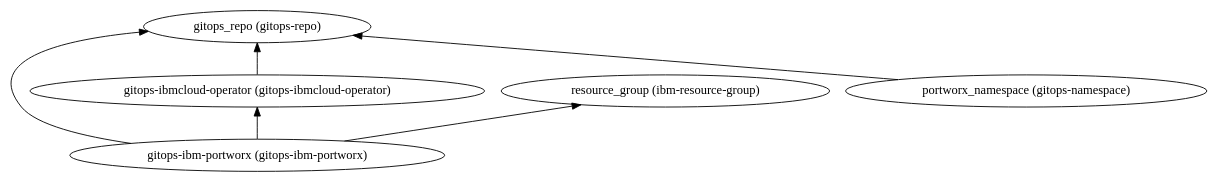
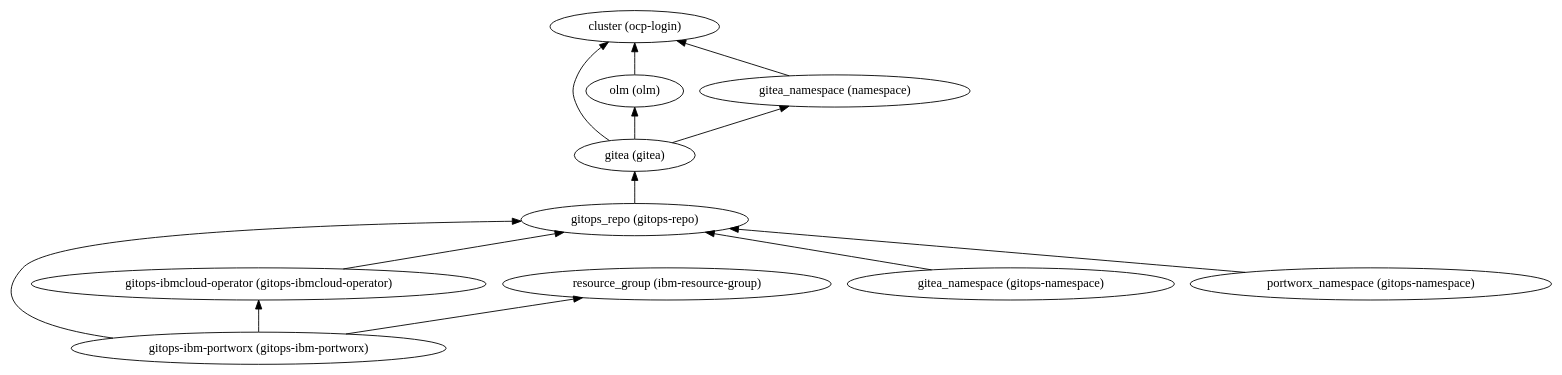
One commit to IBM/automation-integration-platform changed the diagram in 210-ibm-portworx-storage/dependencies.dot. Above: the diagram before and after it, drawn with Graphviz. The commit also changed 74 other files, not shown here.

```diff
--- a/210-ibm-portworx-storage/dependencies.dot
+++ b/210-ibm-portworx-storage/dependencies.dot
@@ -1,13 +1,25 @@
 digraph {
     rankdir="BT"
-    "gitops-ibm-portworx (gitops-ibm-portworx)" -> "gitops_repo (gitops-repo)"
+    "gitea (gitea)" -> "cluster (ocp-login)"
+"gitea (gitea)" -> "olm (olm)"
+"gitea (gitea)" -> "gitea_namespace (namespace)"
+"gitea (gitea)"
+"cluster (ocp-login)"
+"olm (olm)" -> "cluster (ocp-login)"
+"olm (olm)"
+"gitea_namespace (namespace)" -> "cluster (ocp-login)"
+"gitea_namespace (namespace)"
+"gitops-ibm-portworx (gitops-ibm-portworx)" -> "gitops_repo (gitops-repo)"
 "gitops-ibm-portworx (gitops-ibm-portworx)" -> "gitops-ibmcloud-operator (gitops-ibmcloud-operator)"
 "gitops-ibm-portworx (gitops-ibm-portworx)" -> "resource_group (ibm-resource-group)"
 "gitops-ibm-portworx (gitops-ibm-portworx)"
+"gitops_repo (gitops-repo)" -> "gitea (gitea)"
 "gitops_repo (gitops-repo)"
 "gitops-ibmcloud-operator (gitops-ibmcloud-operator)" -> "gitops_repo (gitops-repo)"
 "gitops-ibmcloud-operator (gitops-ibmcloud-operator)"
 "resource_group (ibm-resource-group)"
+"gitea_namespace (gitops-namespace)" -> "gitops_repo (gitops-repo)"
+"gitea_namespace (gitops-namespace)"
 "portworx_namespace (gitops-namespace)" -> "gitops_repo (gitops-repo)"
 "portworx_namespace (gitops-namespace)"
   }
```
